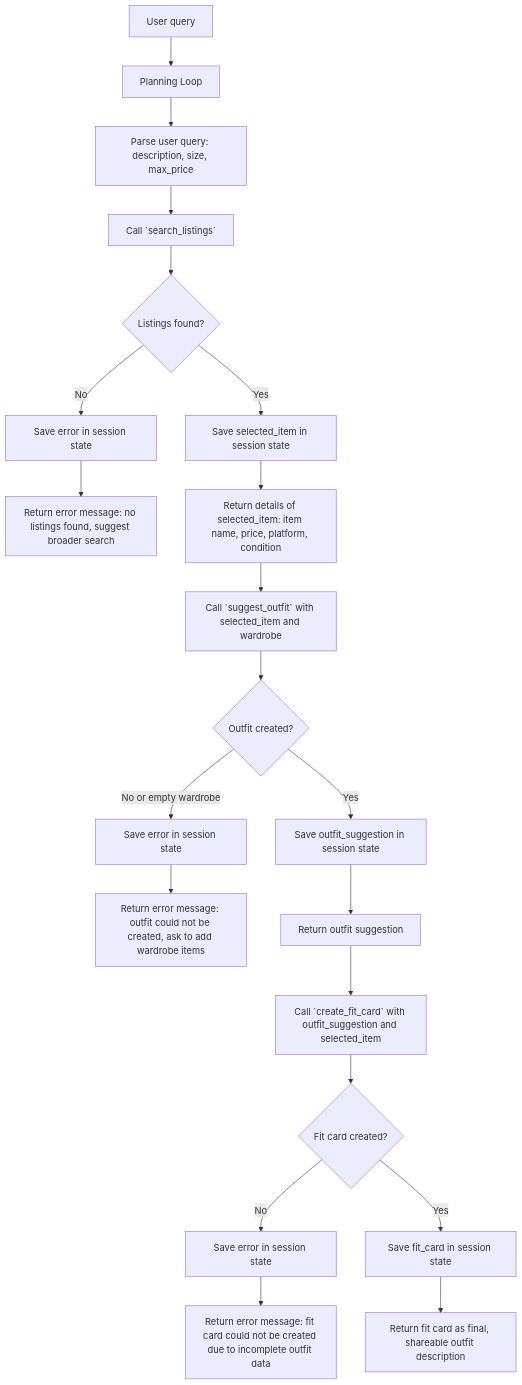
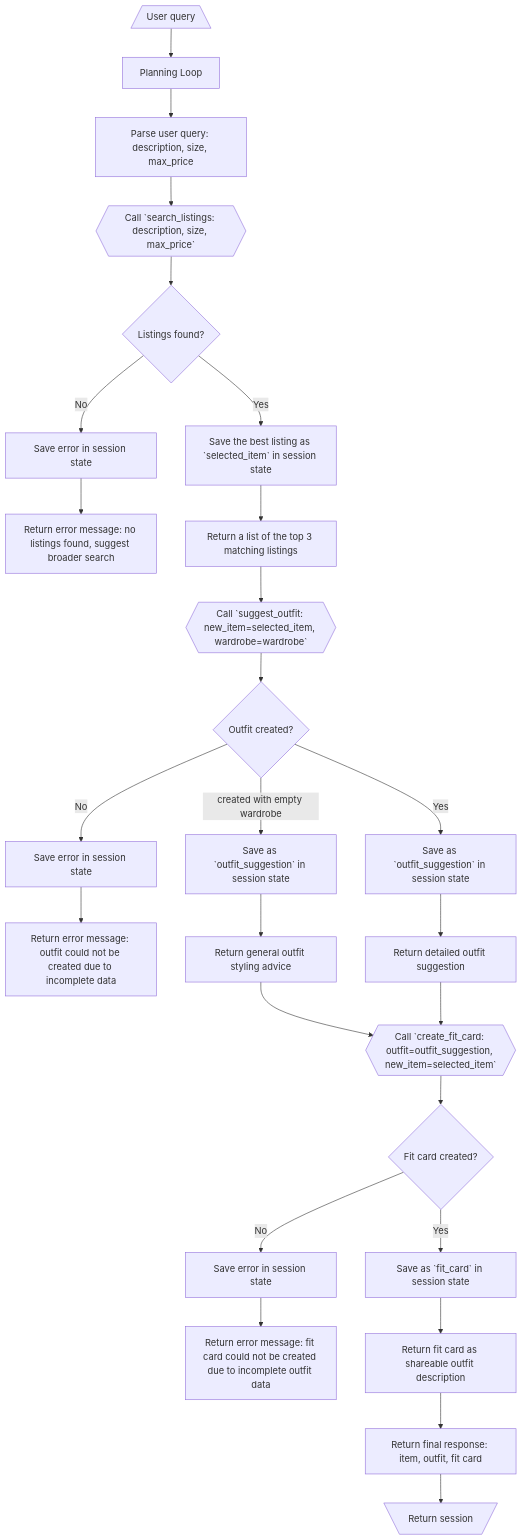
Before and after one commit to Namisa-Mbayo/project2-fitfindr: the diagram in planning.md, drawn with Mermaid. The commit also changed other lines of this file and 2 other files, not shown here.

Commit message:
Minor detail correction

````diff
--- a/planning.md
+++ b/planning.md
@@ -141,30 +141,37 @@
 ```mermaid
      flowchart TD
-    A[User query] --> B[Planning Loop]
+    A[/User query\] --> B[Planning Loop]
 
     B --> C[Parse user query: description, size, max_price]
-    C --> D[Call `search_listings`]
+    C --> D{{Call `search_listings: description, size, max_price`}}
 
     D --> E{Listings found?}
     E -- No --> F[Save error in session state]
     F --> G[Return error message: no listings found, suggest broader search]
 
-    E -- Yes --> H[Save selected_item in session state]
-    H --> I[Return details of selected_item: item name, price, platform, condition]
-    I --> J[Call `suggest_outfit` with selected_item and wardrobe]
+    E -- Yes --> H[Save the best listing as `selected_item` in session state]
+    H --> I[Return a list of the top 3 matching listings]
+    I --> J{{Call `suggest_outfit: new_item=selected_item, wardrobe=wardrobe`}}
 
     J --> K{Outfit created?} 
-    K -- No or empty wardrobe --> L[Save error in session state]
-    L --> M[Return error message: outfit could not be created, ask to add wardrobe items]
+    K -- No --> L[Save error in session state]
+    L --> M[Return error message: outfit could not be created due to incomplete data]
 
-    K -- Yes --> N[Save outfit_suggestion in session state]
-    N --> O[Return outfit suggestion]
-    O --> P[Call `create_fit_card` with outfit_suggestion and selected_item] 
+    K-- created with empty wardrobe --> O[Save as `outfit_suggestion` in session state]
+    O--> P[Return general outfit styling advice]
+    P --> S{{Call `create_fit_card: outfit=outfit_suggestion, new_item=selected_item`}}
 
-    P --> Q{Fit card created?} 
-    Q -- No --> R[Save error in session state]
-    R --> S[Return error message: fit card could not be created due to incomplete outfit data] 
+    K-- Yes --> Q[Save as `outfit_suggestion` in session state]
+    Q --> R[Return detailed outfit suggestion]
+    R --> S
 
-    Q -- Yes --> T[Save fit_card in session state] 
-    T --> U[Return fit card as final, shareable outfit description]
+    S --> T{Fit card created?}
+    T -- No --> U[Save error in session state]
+    U --> V[Return error message: fit card could not be created due to incomplete outfit data]
+
+    T -- Yes --> W[Save as `fit_card` in session state] 
+    W --> X[Return fit card as shareable outfit description]
+    X --> Y[Return final response: item, outfit, fit card]
+
+    Y --> Z[\Return session/]
 ```
````
